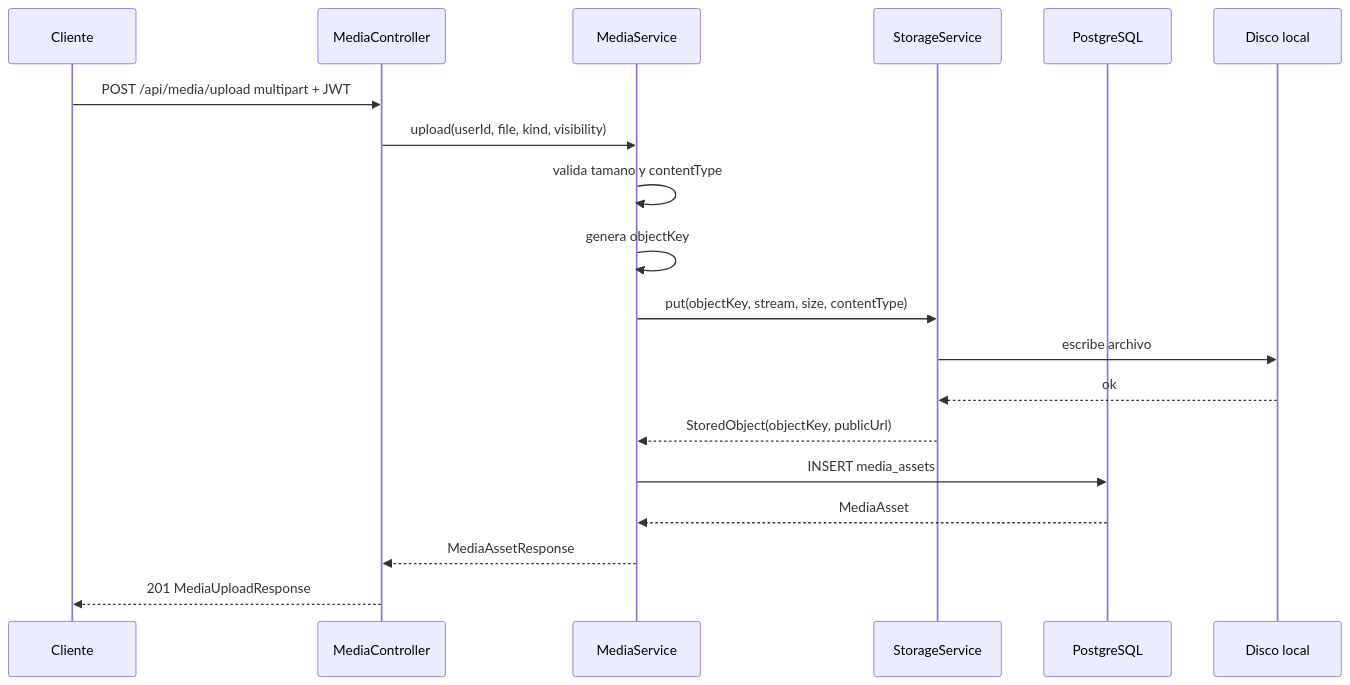
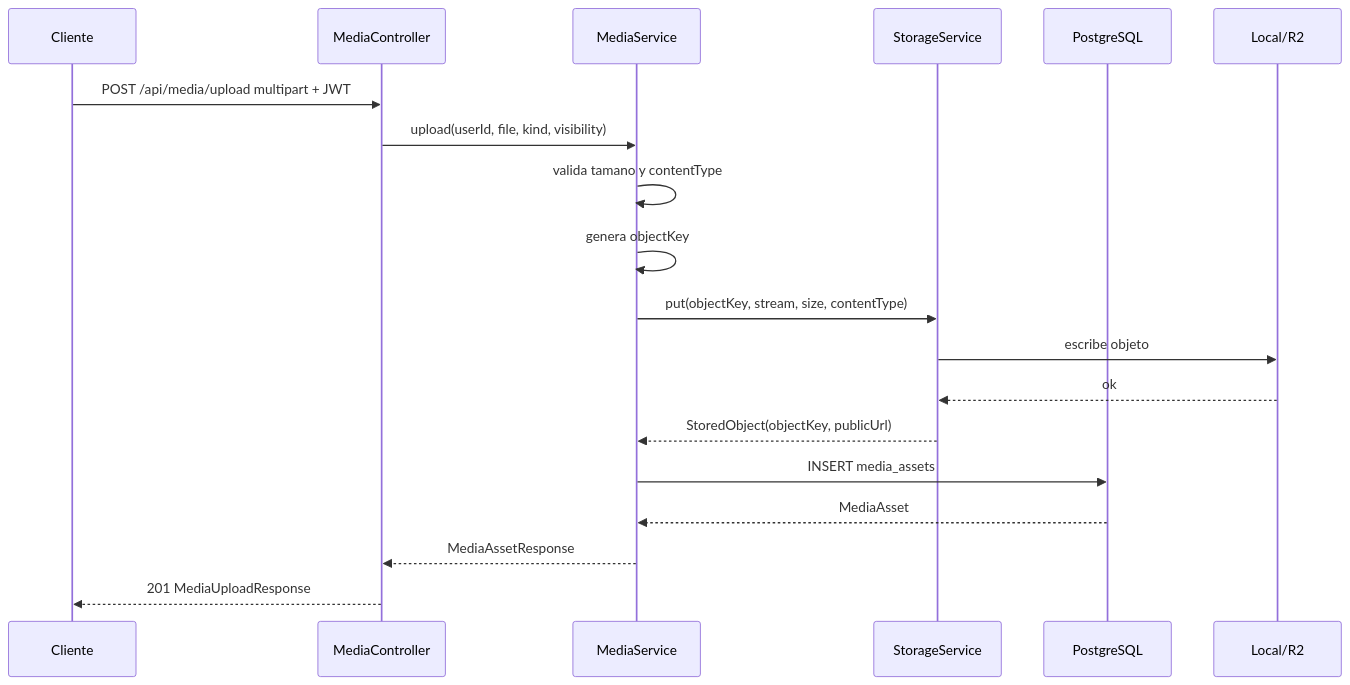
The second of 2 diagrams in docs/backend/modules/media.md (ualaor983/versus2026), drawn with Mermaid before and after one commit. The commit also changed other lines of this file and 8 other files, not shown here.

````diff
--- a/docs/backend/modules/media.md
+++ b/docs/backend/modules/media.md
@@ -306,22 +344,22 @@
 ```mermaid
 sequenceDiagram
     participant C as Cliente
     participant MC as MediaController
     participant MS as MediaService
     participant SS as StorageService
     participant DB as PostgreSQL
-    participant Disk as Disco local
+    participant Store as Local/R2
 
     C->>MC: POST /api/media/upload multipart + JWT
     MC->>MS: upload(userId, file, kind, visibility)
     MS->>MS: valida tamano y contentType
     MS->>MS: genera objectKey
     MS->>SS: put(objectKey, stream, size, contentType)
-    SS->>Disk: escribe archivo
-    Disk-->>SS: ok
+    SS->>Store: escribe objeto
+    Store-->>SS: ok
     SS-->>MS: StoredObject(objectKey, publicUrl)
     MS->>DB: INSERT media_assets
     DB-->>MS: MediaAsset
     MS-->>MC: MediaAssetResponse
     MC-->>C: 201 MediaUploadResponse
 ```
````
